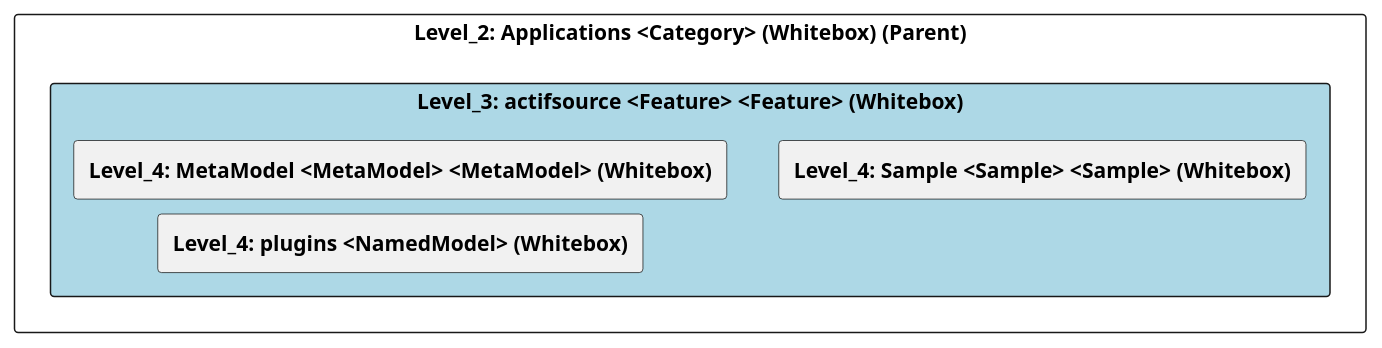
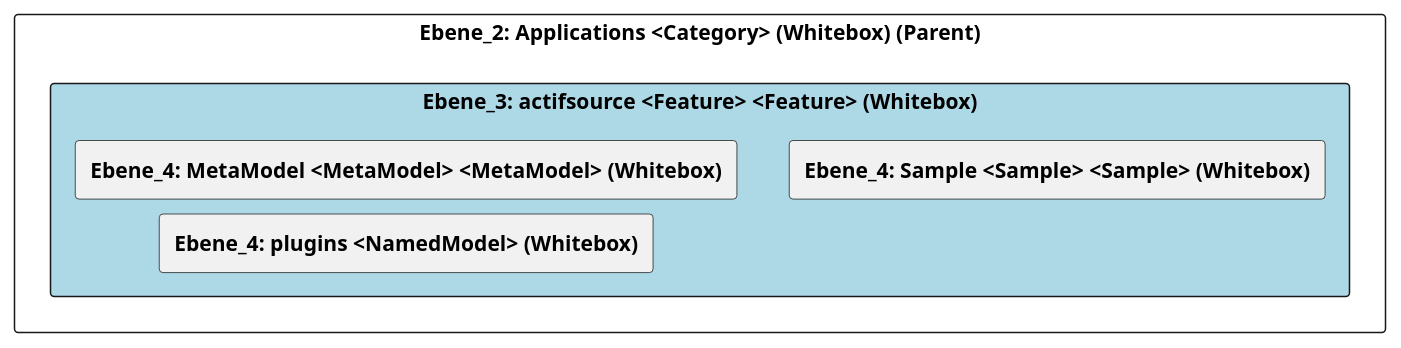
The diagram in doc/cleonproject_deliverables_architecture_model_architecture/adoc/de/05_bausteinsicht/cleon/applications/actifsource/ebene_3_actifsource.adoc (marcozwyssig/cleon), drawn with PlantUML before and after one commit. The commit also changed other lines of this file and 258 other files, not shown here.

```diff
--- a/doc/cleonproject_deliverables_architecture_model_architecture/adoc/de/05_bausteinsicht/cleon/applications/actifsource/ebene_3_actifsource.adoc
+++ b/doc/cleonproject_deliverables_architecture_model_architecture/adoc/de/05_bausteinsicht/cleon/applications/actifsource/ebene_3_actifsource.adoc
@@ -24,26 +24,26 @@
-[plantuml, Level_3: actifsource <Feature> <Feature> (Whitebox)BlockOverview, format="svg"]
+[plantuml, Ebene_3: actifsource <Feature> <Feature> (Whitebox)BlockOverview, format="svg"]
 ----
-@startuml Level_3: actifsource <Feature> <Feature> (Whitebox)BuildingBlockOverview
+@startuml Ebene_3: actifsource <Feature> <Feature> (Whitebox)BuildingBlockOverview
 
 skinparam ranksep 10
 skinparam componentStyle rectangle
 skinparam shadowing false
 skinparam arrowColor lightblue
 skinparam arrowThickness 1.2
 skinparam rectangle {
   BackgroundColor White
   BorderColor #333
   RoundCorner 10
 }
 top to bottom direction
 
-component "Level_2: Applications <Category> (Whitebox) (Parent)" {
-    component "Level_3: actifsource <Feature> <Feature> (Whitebox)" #lightblue {
-        [**Level_4: MetaModel <MetaModel> <MetaModel> (Whitebox)**] as 4A56DE43_D579_11EE_903E_9F564E4DE07E
-        [**Level_4: Sample <Sample> <Sample> (Whitebox)**] as 4A570568_D579_11EE_903E_9F564E4DE07E
-        [**Level_4: plugins <NamedModel> (Whitebox)**] as 4A56DE4E_D579_11EE_903E_9F564E4DE07E
+component "Ebene_2: Applications <Category> (Whitebox) (Parent)" {
+    component "Ebene_3: actifsource <Feature> <Feature> (Whitebox)" #lightblue {
+        [**Ebene_4: MetaModel <MetaModel> <MetaModel> (Whitebox)**] as 4A56DE43_D579_11EE_903E_9F564E4DE07E
+        [**Ebene_4: Sample <Sample> <Sample> (Whitebox)**] as 4A570568_D579_11EE_903E_9F564E4DE07E
+        [**Ebene_4: plugins <NamedModel> (Whitebox)**] as 4A56DE4E_D579_11EE_903E_9F564E4DE07E
     }
 }
 
 @enduml
 ----
```
